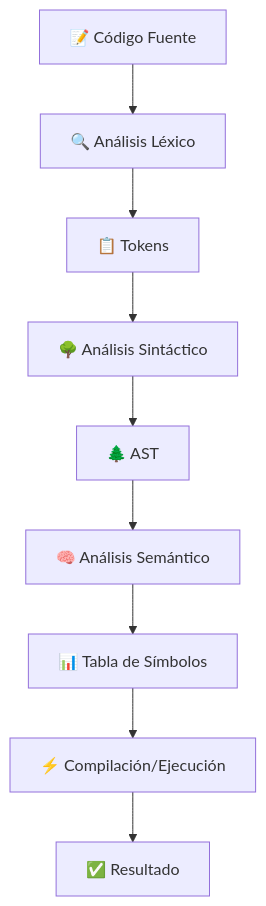
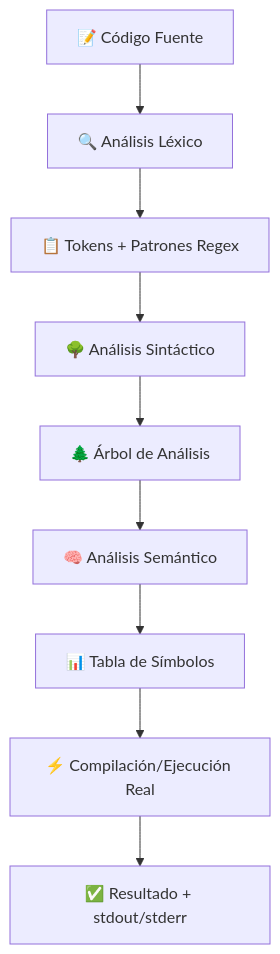
Before and after one commit to mruano03/Compiladores: the diagram in README.md, drawn with Mermaid. The commit also changed other lines of this file and 36 other files, not shown here.

````diff
--- a/README.md
+++ b/README.md
@@ -96,11 +119,11 @@
 ```mermaid
 flowchart TD
     A[📝 Código Fuente] --> B[🔍 Análisis Léxico]
-    B --> C[📋 Tokens]
+    B --> C[📋 Tokens + Patrones Regex]
     C --> D[🌳 Análisis Sintáctico]
-    D --> E[🌲 AST]
+    D --> E[🌲 Árbol de Análisis]
     E --> F[🧠 Análisis Semántico]
     F --> G[📊 Tabla de Símbolos]
-    G --> H[⚡ Compilación/Ejecución]
-    H --> I[✅ Resultado]
+    G --> H[⚡ Compilación/Ejecución Real]
+    H --> I[✅ Resultado + stdout/stderr]
 ```
````
